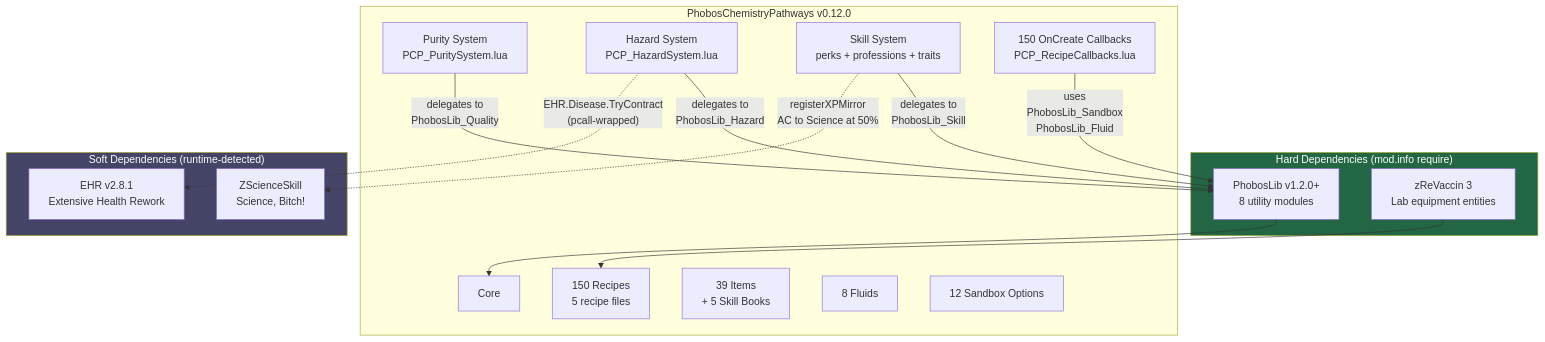
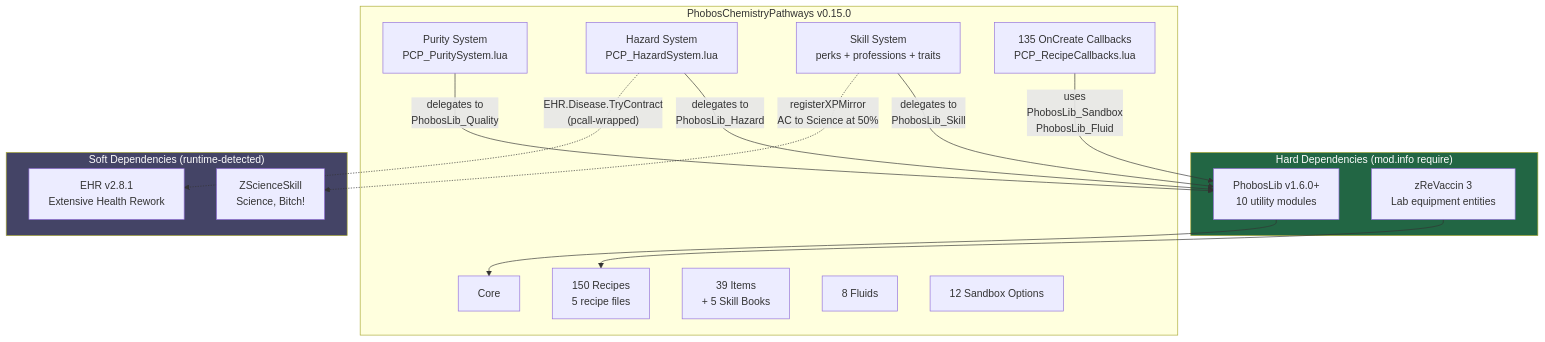
One commit to phobos-dthorga/mod-pz-chemistry-pathways changed the diagram in docs/mermaid-src/architecture.mmd. Above: the diagram before and after it, drawn with Mermaid. The commit also changed 7 other files, not shown here.

```diff
--- a/docs/mermaid-src/architecture.mmd
+++ b/docs/mermaid-src/architecture.mmd
@@ -1,36 +1,36 @@
 graph TB
     subgraph HARD["Hard Dependencies (mod.info require)"]
-        PL["PhobosLib v1.2.0+<br/>8 utility modules"]
+        PL["PhobosLib v1.6.0+<br/>10 utility modules"]
         ZR["zReVaccin 3<br/>Lab equipment entities"]
     end
 
-    subgraph PCP["PhobosChemistryPathways v0.12.0"]
+    subgraph PCP["PhobosChemistryPathways v0.15.0"]
         CORE["Core"]
         REC["150 Recipes<br/>5 recipe files"]
         ITEMS["39 Items<br/>+ 5 Skill Books"]
         FLUIDS["8 Fluids"]
         SB["12 Sandbox Options"]
         PURITY["Purity System<br/>PCP_PuritySystem.lua"]
         HAZARD["Hazard System<br/>PCP_HazardSystem.lua"]
         SKILL["Skill System<br/>perks + professions + traits"]
-        CALLBACKS["150 OnCreate Callbacks<br/>PCP_RecipeCallbacks.lua"]
+        CALLBACKS["135 OnCreate Callbacks<br/>PCP_RecipeCallbacks.lua"]
     end
 
     subgraph SOFT["Soft Dependencies (runtime-detected)"]
         ZSS["ZScienceSkill<br/>Science, Bitch!"]
         EHR["EHR v2.8.1<br/>Extensive Health Rework"]
     end
 
     PL --> CORE
     ZR --> REC
 
     PURITY -->|"delegates to<br/>PhobosLib_Quality"| PL
     HAZARD -->|"delegates to<br/>PhobosLib_Hazard"| PL
     SKILL -->|"delegates to<br/>PhobosLib_Skill"| PL
     CALLBACKS -->|"uses<br/>PhobosLib_Sandbox<br/>PhobosLib_Fluid"| PL
 
     HAZARD -.->|"EHR.Disease.TryContract<br/>(pcall-wrapped)"| EHR
     SKILL -.->|"registerXPMirror<br/>AC to Science at 50%"| ZSS
 
     style HARD fill:#264,color:#fff
     style SOFT fill:#446,color:#fff
```
